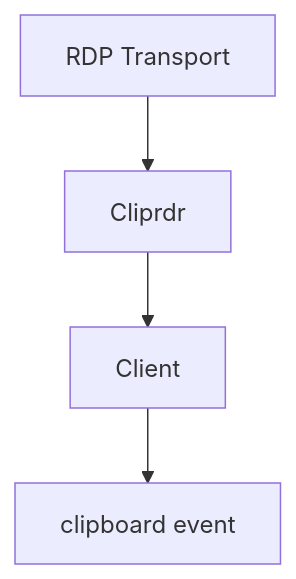
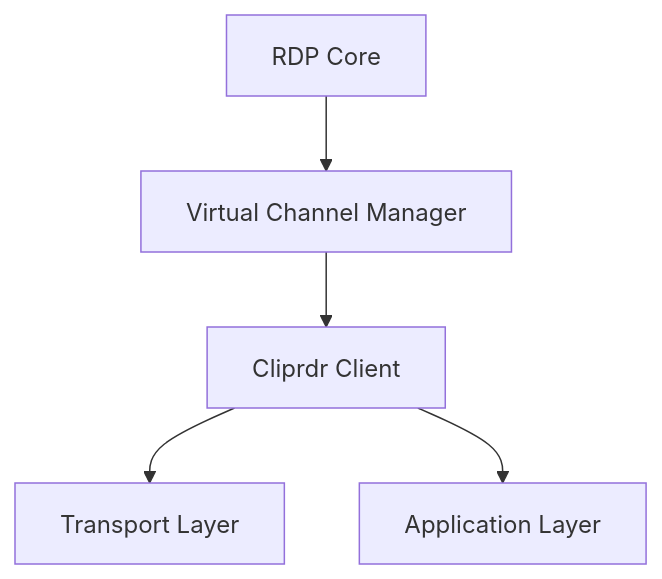
The fifth of 7 diagrams in docs/reference/architecture/README.md (Ylianst/MeshCentral), drawn with Mermaid before and after one commit. The commit also changed other lines of this file and 642 other files, not shown here.

````diff
--- a/docs/reference/architecture/README.md
+++ b/docs/reference/architecture/README.md
@@ -380,6 +175,13 @@
 ```mermaid
 flowchart TD
-    RDPTransport["RDP Transport"] --> Cliprdr
-    Cliprdr --> Client
-    Client --> ClipboardEvent["clipboard event"]
+    RdpCore["RDP Core"]
+    ChannelManager["Virtual Channel Manager"]
+    Cliprdr["Cliprdr Client"]
+    Transport["Transport Layer"]
+    AppLayer["Application Layer"]
+
+    RdpCore --> ChannelManager
+    ChannelManager --> Cliprdr
+    Cliprdr --> Transport
+    Cliprdr --> AppLayer
 ```
````
